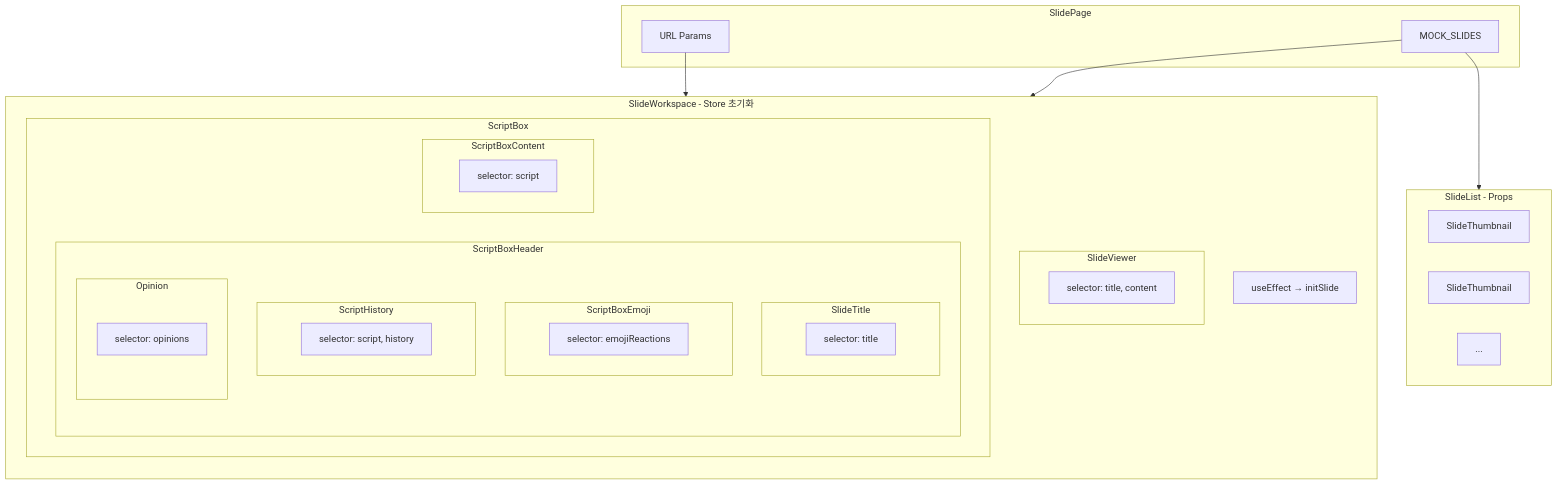
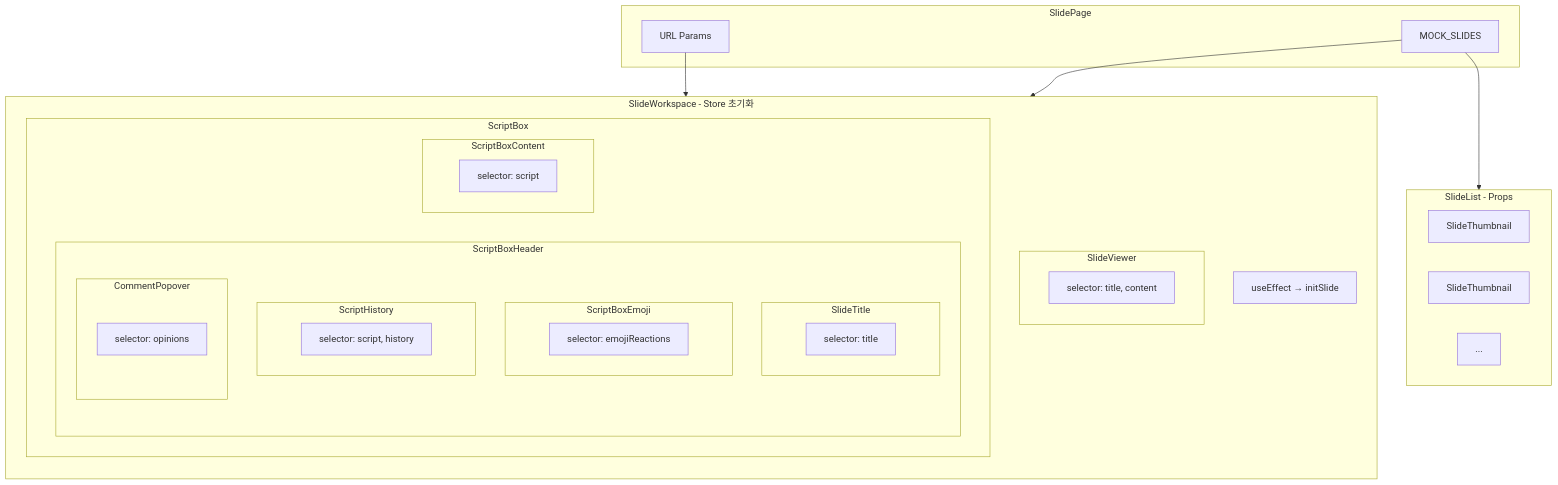
Before and after one commit to TTORANG/Web: the second of 7 diagrams in docs/slide-data-flow.md, drawn with Mermaid. The commit also changed other lines of this file and 8 other files, not shown here.

````diff
--- a/docs/slide-data-flow.md
+++ b/docs/slide-data-flow.md
@@ -51,46 +51,46 @@
 ```mermaid
 graph TD
     subgraph SlidePage
         URL[URL Params]
         MOCK[MOCK_SLIDES]
     end
 
     subgraph SlideList[SlideList - Props]
         ST1[SlideThumbnail]
         ST2[SlideThumbnail]
         ST3[...]
     end
 
     subgraph SlideWorkspace[SlideWorkspace - Store 초기화]
         direction TB
         INIT[useEffect → initSlide]
 
         subgraph SlideViewer[SlideViewer]
             SV_SEL[selector: title, content]
         end
 
         subgraph ScriptBox[ScriptBox]
             subgraph ScriptBoxHeader[ScriptBoxHeader]
                 subgraph SlideTitle[SlideTitle]
                     STT_SEL[selector: title]
                 end
                 subgraph ScriptBoxEmoji[ScriptBoxEmoji]
                     SBE_SEL[selector: emojiReactions]
                 end
                 subgraph ScriptHistory[ScriptHistory]
                     SH_SEL[selector: script, history]
                 end
-                subgraph Opinion[Opinion]
+                subgraph CommentPopover[CommentPopover]
                     OP_SEL[selector: opinions]
                 end
             end
             subgraph ScriptBoxContent[ScriptBoxContent]
                 SBC_SEL[selector: script]
             end
         end
     end
 
     URL --> SlideWorkspace
     MOCK --> SlideWorkspace
     MOCK --> SlideList
 ```
````
